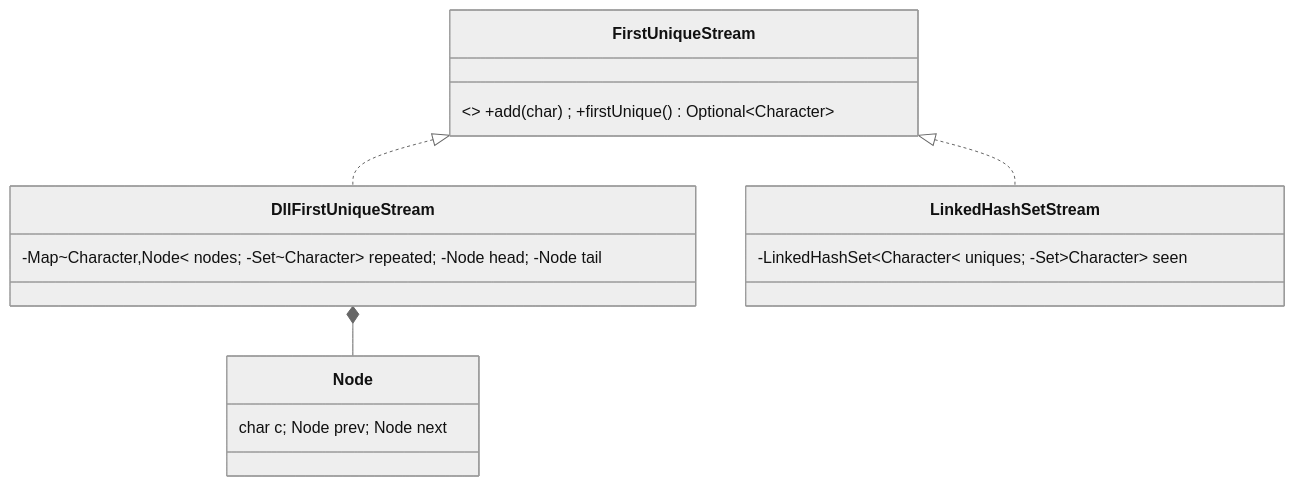
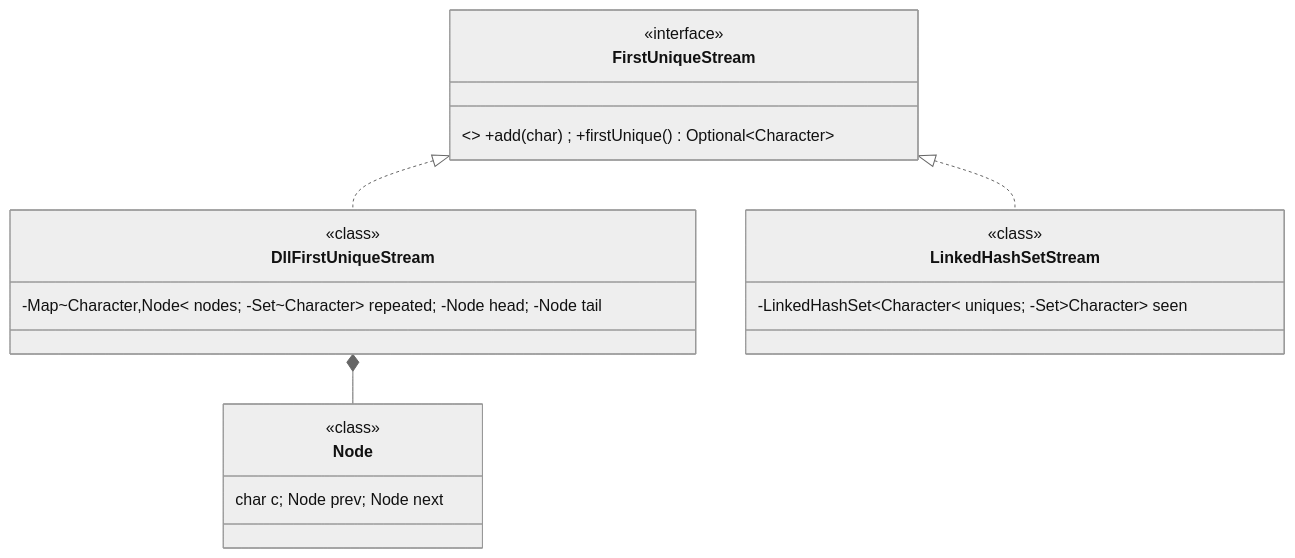
One commit to amarkum/amarkumar.guru changed the first of 2 diagrams in system-design/lld/09-first-unique-char.md. Above: the diagram before and after it, drawn with Mermaid (neutral theme). The commit also changed 27 other files, not shown here.

Commit message:
Label every UML type as interface, enumeration, abstract, record or class, add missing enums, and colour-code them.

````diff
--- a/system-design/lld/09-first-unique-char.md
+++ b/system-design/lld/09-first-unique-char.md
@@ -31,10 +31,22 @@
 ```mermaid
 classDiagram
     class FirstUniqueStream { <<interface>> +add(char) ; +firstUnique() Optional~Character~ }
     class DllFirstUniqueStream { -Map~Character,Node~ nodes; -Set~Character~ repeated; -Node head; -Node tail }
     class LinkedHashSetStream { -LinkedHashSet~Character~ uniques; -Set~Character~ seen }
     class Node { char c; Node prev; Node next }
     FirstUniqueStream <|.. DllFirstUniqueStream
     FirstUniqueStream <|.. LinkedHashSetStream
     DllFirstUniqueStream *-- Node
+    class DllFirstUniqueStream {
+      <<class>>
+    }
+    class Node {
+      <<class>>
+    }
+    class FirstUniqueStream {
+      <<interface>>
+    }
+    class LinkedHashSetStream {
+      <<class>>
+    }
 ```
````
